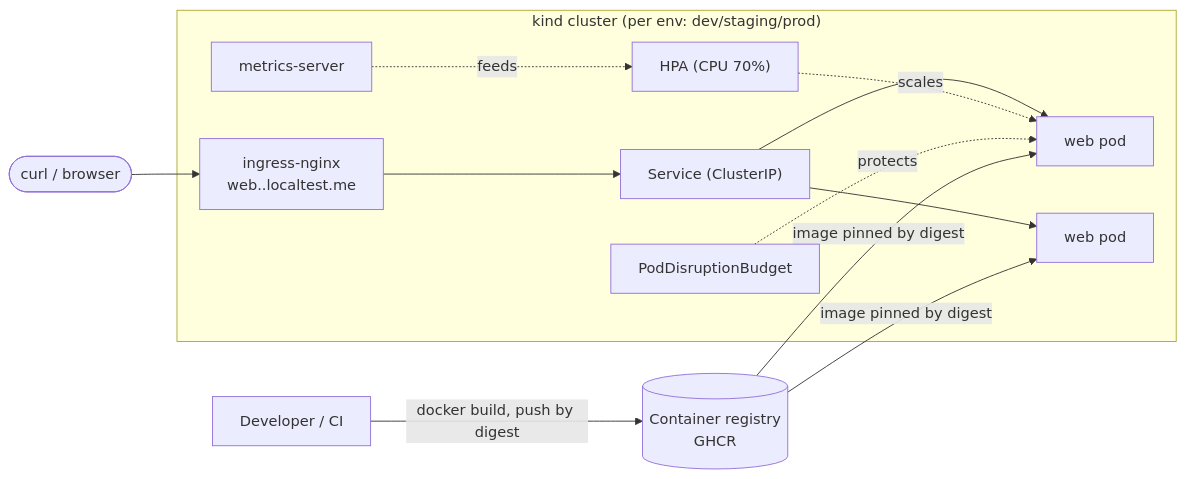
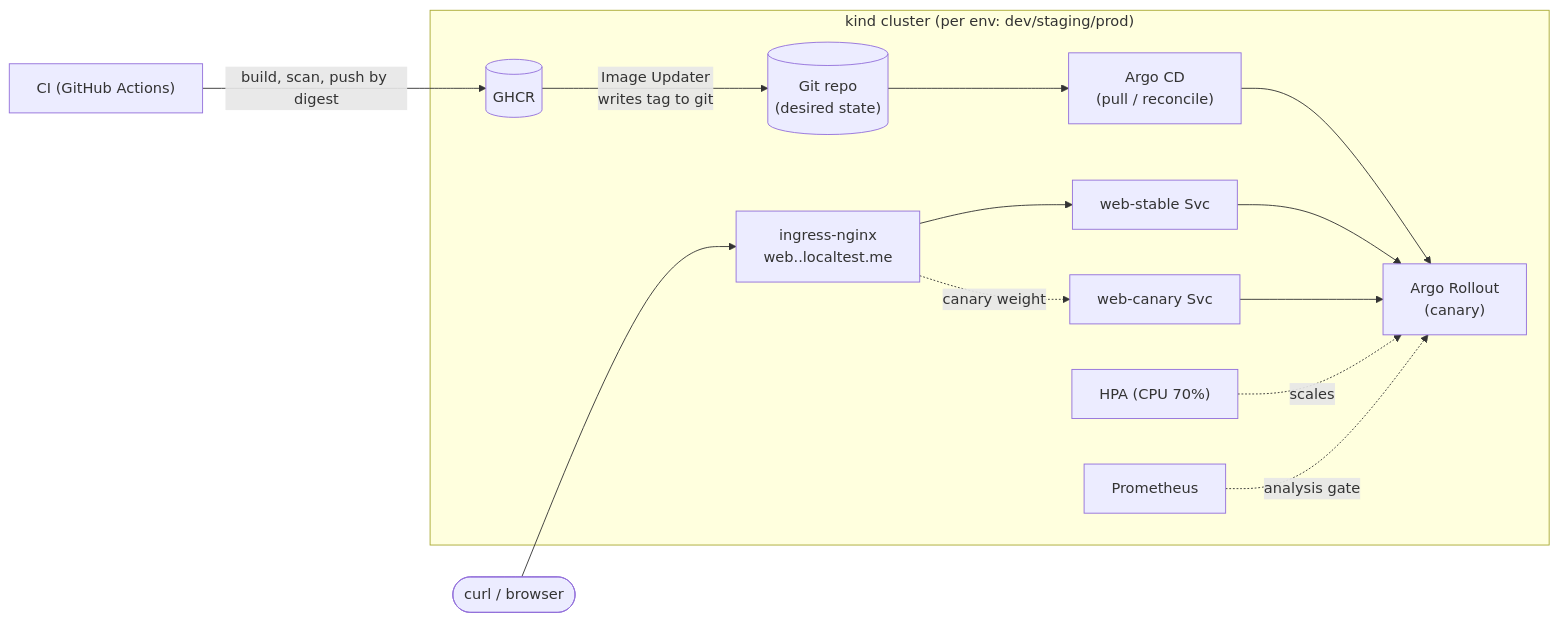
The diagram in README.md (etedgy/k8s-gitops-platform), drawn with Mermaid before and after one commit. The commit also changed other lines of this file and 22 other files, not shown here.

First line of the commit message:
Rearchitect CD to GitOps + add governance

````diff
--- a/README.md
+++ b/README.md
@@ -51,14 +54,17 @@
 ```mermaid
 flowchart LR
-  dev["Developer / CI"] -->|docker build, push by digest| reg[("Container registry\nGHCR")]
+  ci["CI (GitHub Actions)"] -->|build, scan, push by digest| reg[("GHCR")]
+  git[("Git repo\n(desired state)")]
   subgraph kind["kind cluster (per env: dev/staging/prod)"]
-    ing["ingress-nginx\nweb.<env>.localtest.me"] --> svc["Service (ClusterIP)"]
-    svc --> p1["web pod"]
-    svc --> p2["web pod"]
-    hpa["HPA (CPU 70%)"] -.scales.-> p1
-    ms["metrics-server"] -.feeds.-> hpa
-    pdb["PodDisruptionBudget"] -.protects.-> p1
+    argo["Argo CD\n(pull / reconcile)"] --> ro["Argo Rollout\n(canary)"]
+    reg -->|Image Updater\nwrites tag to git| git
+    git --> argo
+    ing["ingress-nginx\nweb.<env>.localtest.me"] --> stable["web-stable Svc"]
+    ing -. canary weight .-> canary["web-canary Svc"]
+    stable --> ro
+    canary --> ro
+    hpa["HPA (CPU 70%)"] -.scales.-> ro
+    prom["Prometheus"] -.analysis gate.-> ro
   end
-  reg -->|image pinned by digest| p1 & p2
   user(["curl / browser"]) --> ing
 ```
````
